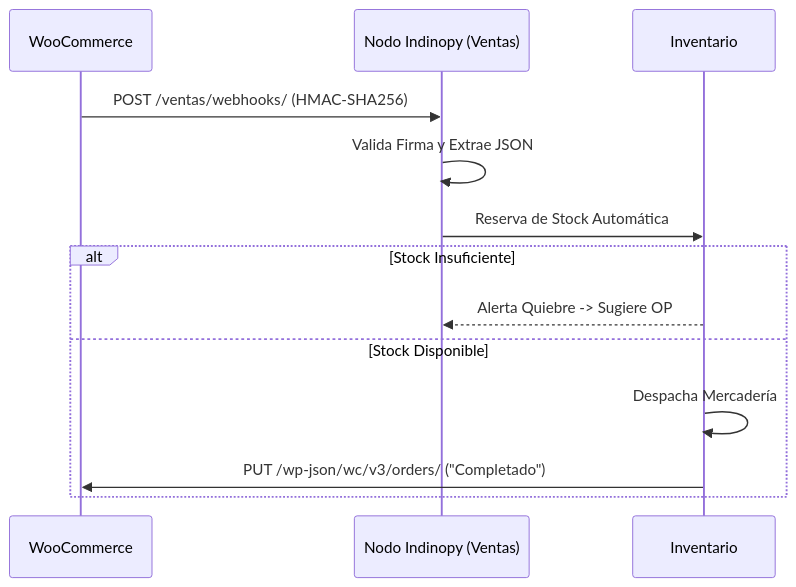
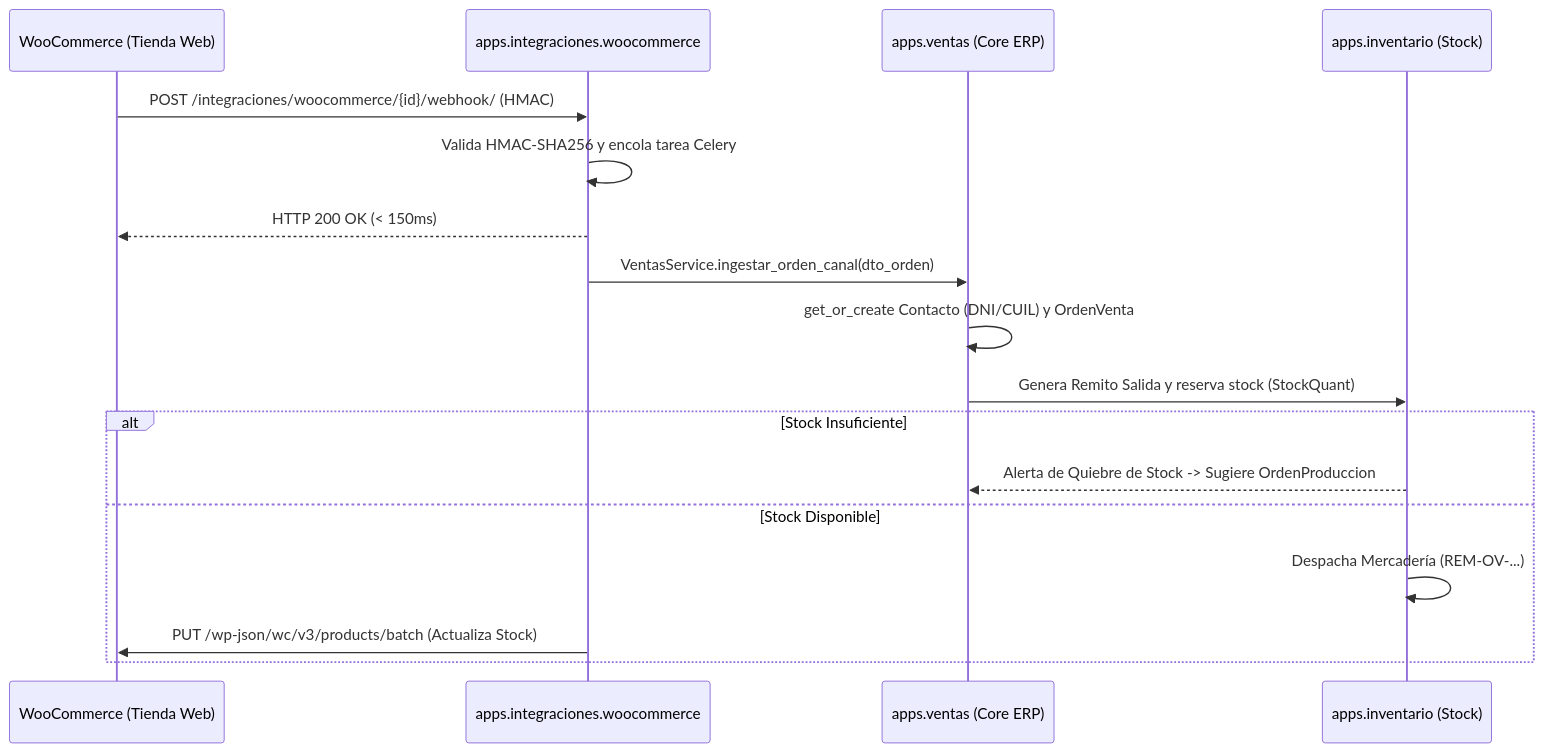
Before and after one commit to sarthouse/indinopy: the fifth of 9 diagrams in docs/md/arquitectura_funcional.md, drawn with Mermaid. The commit also changed other lines of this file and 6 other files, not shown here.

````diff
--- a/docs/md/arquitectura_funcional.md
+++ b/docs/md/arquitectura_funcional.md
@@ -236,17 +248,21 @@
 ```mermaid
 sequenceDiagram
-    participant W as WooCommerce
-    participant V as Nodo Indinopy (Ventas)
-    participant I as Inventario
+    participant W as WooCommerce (Tienda Web)
+    participant I_WC as apps.integraciones.woocommerce
+    participant V as apps.ventas (Core ERP)
+    participant Inv as apps.inventario (Stock)
     
-    W->>V: POST /ventas/webhooks/ (HMAC-SHA256)
-    V->>V: Valida Firma y Extrae JSON
-    V->>I: Reserva de Stock Automática
+    W->>I_WC: POST /integraciones/woocommerce/{id}/webhook/ (HMAC)
+    I_WC->>I_WC: Valida HMAC-SHA256 y encola tarea Celery
+    I_WC-->>W: HTTP 200 OK (< 150ms)
+    I_WC->>V: VentasService.ingestar_orden_canal(dto_orden)
+    V->>V: get_or_create Contacto (DNI/CUIL) y OrdenVenta
+    V->>Inv: Genera Remito Salida y reserva stock (StockQuant)
     
     alt Stock Insuficiente
-        I-->>V: Alerta Quiebre -> Sugiere OP
+        Inv-->>V: Alerta de Quiebre de Stock -> Sugiere OrdenProduccion
     else Stock Disponible
-        I->>I: Despacha Mercadería
-        I->>W: PUT /wp-json/wc/v3/orders/ ("Completado")
+        Inv->>Inv: Despacha Mercadería (REM-OV-...)
+        I_WC->>W: PUT /wp-json/wc/v3/products/batch (Actualiza Stock)
     end
 ```
````
